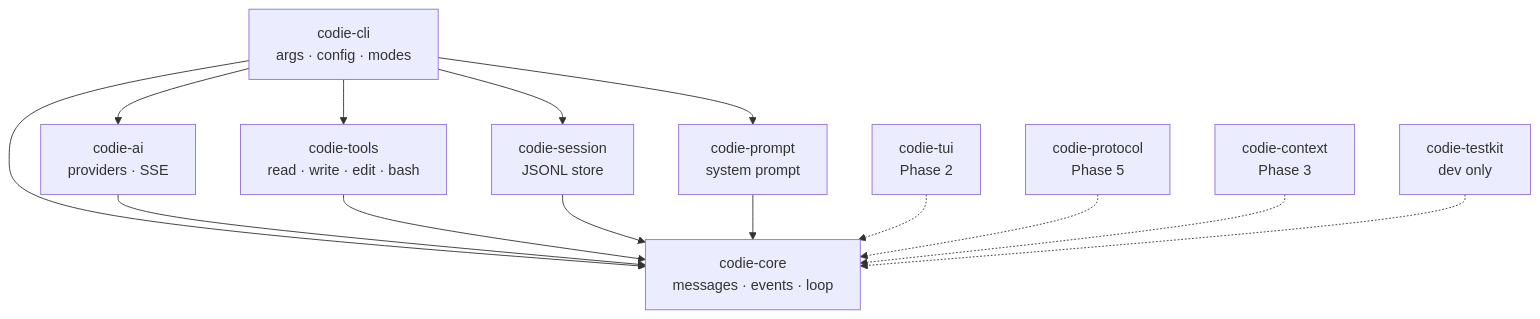
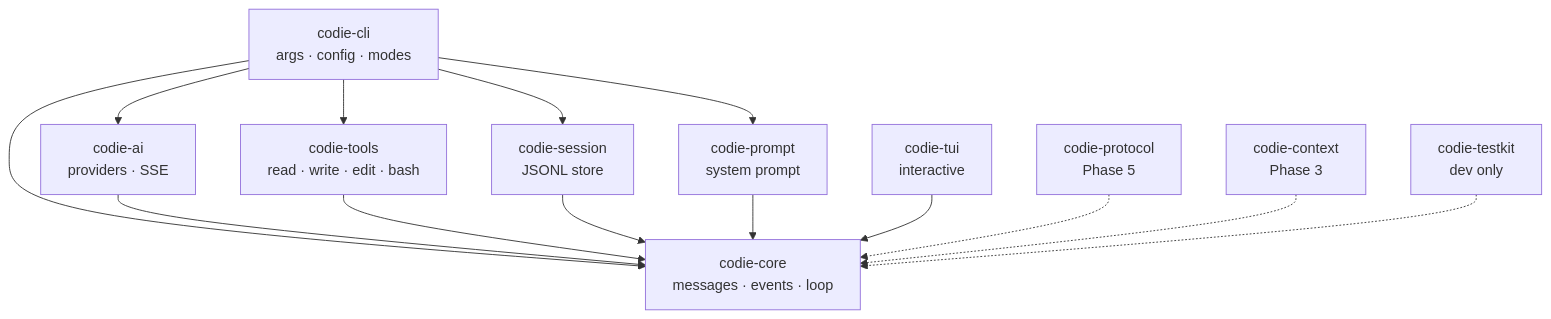
The diagram in docs/src/architecture.md (amardeepio/codie), drawn with Mermaid before and after one commit. The commit also changed other lines of this file and 3 other files, not shown here.

First line of the commit message:
docs: align README and architecture with 0.2.0

````diff
--- a/docs/src/architecture.md
+++ b/docs/src/architecture.md
@@ -11,31 +11,31 @@
 ```mermaid
 flowchart TD
     CLI["codie-cli<br/>args · config · modes"]
 
     CORE["codie-core<br/>messages · events · loop"]
     AI["codie-ai<br/>providers · SSE"]
     TOOLS["codie-tools<br/>read · write · edit · bash"]
     SESSION["codie-session<br/>JSONL store"]
     PROMPT["codie-prompt<br/>system prompt"]
 
-    TUI["codie-tui<br/>Phase 2"]
+    TUI["codie-tui<br/>interactive"]
     PROTO["codie-protocol<br/>Phase 5"]
     CONTEXT["codie-context<br/>Phase 3"]
 
     CLI --> CORE
     CLI --> AI
     CLI --> TOOLS
     CLI --> SESSION
     CLI --> PROMPT
 
     AI --> CORE
     TOOLS --> CORE
     SESSION --> CORE
     PROMPT --> CORE
 
-    TUI -.-> CORE
+    TUI --> CORE
     PROTO -.-> CORE
     CONTEXT -.-> CORE
 
     TESTKIT["codie-testkit<br/>dev only"] -.-> CORE
 ```
````
